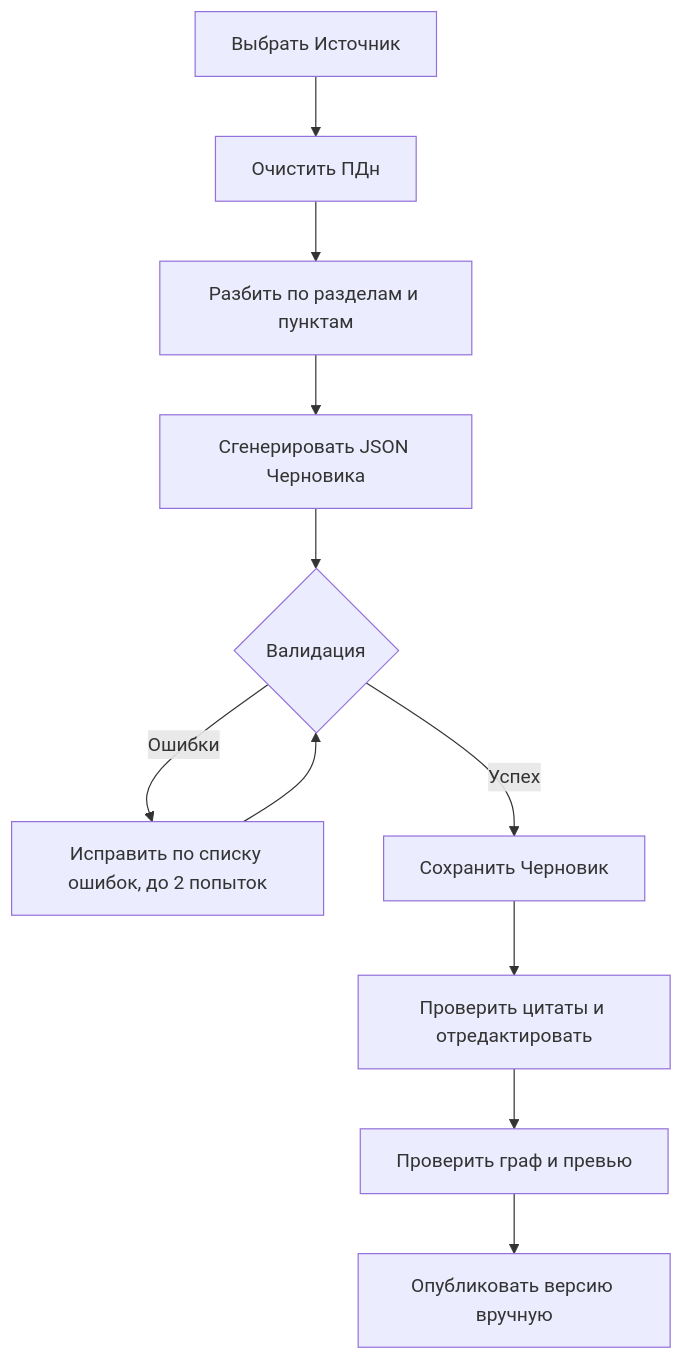
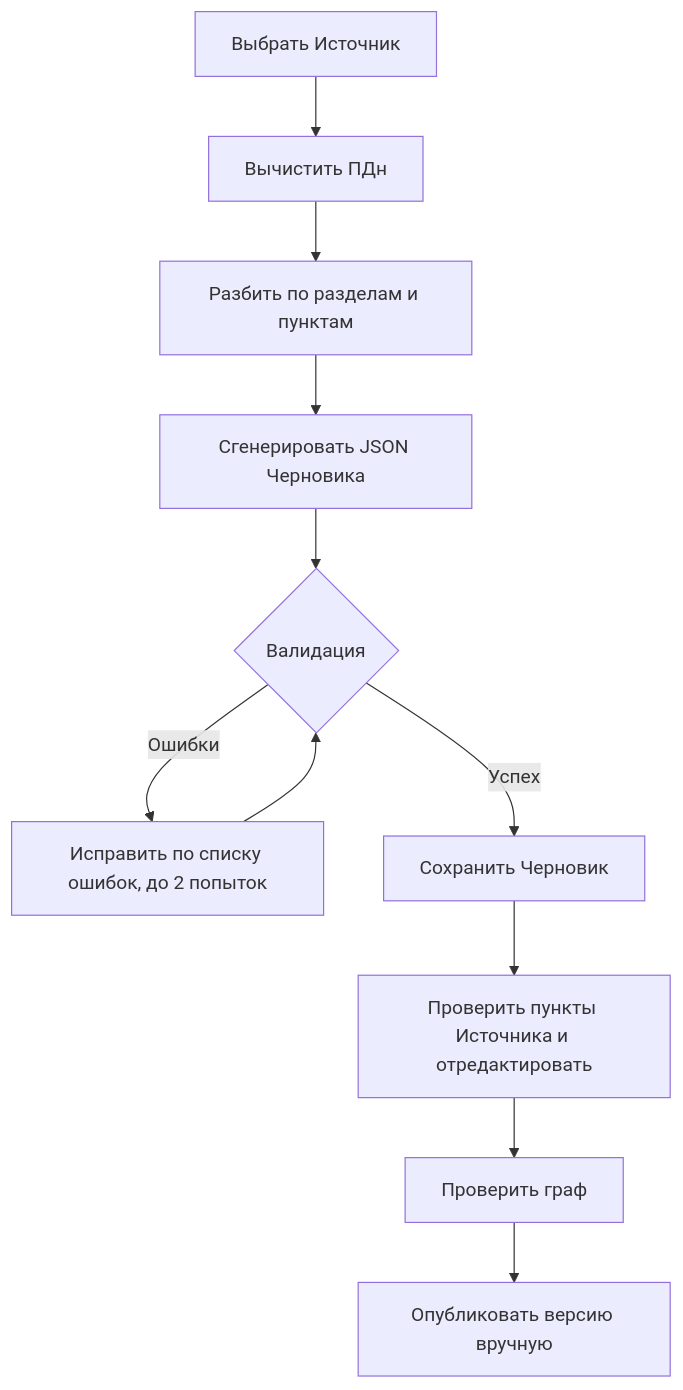
Before and after one commit to MolinRE/TurboSquadApp: the third of 3 diagrams in docs/user-flow.md, drawn with Mermaid. The commit also changed other lines of this file, not shown here.

Commit message:
docs: актуализировать User Flow и сделать его понятнее

````diff
--- a/docs/user-flow.md
+++ b/docs/user-flow.md
@@ -185,13 +195,13 @@
 ```mermaid
 flowchart TD
-    chooseSource["Выбрать Источник"] --> cleanPii["Очистить ПДн"]
+    chooseSource["Выбрать Источник"] --> cleanPii["Вычистить ПДн"]
     cleanPii --> chunkText["Разбить по разделам и пунктам"]
     chunkText --> generateJson["Сгенерировать JSON Черновика"]
     generateJson --> validate{"Валидация"}
     validate -->|Ошибки| fixDraft["Исправить по списку ошибок, до 2 попыток"]
     fixDraft --> validate
     validate -->|Успех| saveDraft["Сохранить Черновик"]
-    saveDraft --> editDraft["Проверить цитаты и отредактировать"]
-    editDraft --> graphCheck["Проверить граф и превью"]
+    saveDraft --> editDraft["Проверить пункты Источника и отредактировать"]
+    editDraft --> graphCheck["Проверить граф"]
     graphCheck --> publishVersion["Опубликовать версию вручную"]
 ```
````
